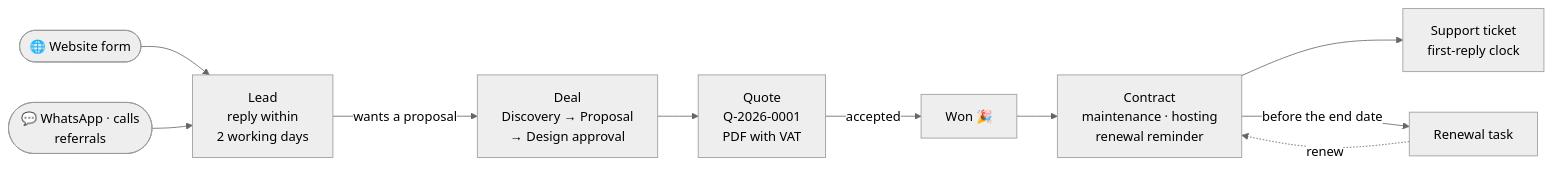
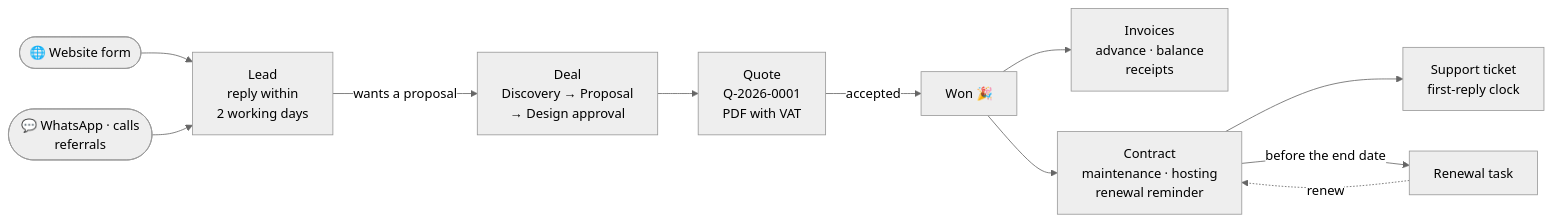
One commit to Softro-Code-Labs/Softro-Code-Labs---CRM-System changed the first of 2 diagrams in SYSTEM-OVERVIEW.md. Above: the diagram before and after it, drawn with Mermaid (neutral theme). The commit also changed other lines of this file and 54 other files, not shown here.

Commit message:
invoices and receipts with tax invoice PDF, payment tracking and quote acceptance block

````diff
--- a/SYSTEM-OVERVIEW.md
+++ b/SYSTEM-OVERVIEW.md
@@ -62,12 +65,13 @@
 ```mermaid
 flowchart LR
   WEB(["🌐 Website form"]) --> LEAD
   WA(["💬 WhatsApp · calls<br/>referrals"]) --> LEAD
   LEAD["Lead<br/>reply within<br/>2 working days"] -- "wants a proposal" --> DEAL["Deal<br/>Discovery → Proposal<br/>→ Design approval"]
   DEAL --> QUOTE["Quote<br/>Q-2026-0001<br/>PDF with VAT"]
   QUOTE -- "accepted" --> WON["Won 🎉"]
+  WON --> INV["Invoices<br/>advance · balance<br/>receipts"]
   WON --> CONTRACT["Contract<br/>maintenance · hosting<br/>renewal reminder"]
   CONTRACT --> TICKET["Support ticket<br/>first-reply clock"]
   CONTRACT -- "before the end date" --> RENEW["Renewal task"]
   RENEW -. "renew" .-> CONTRACT
 ```
````
